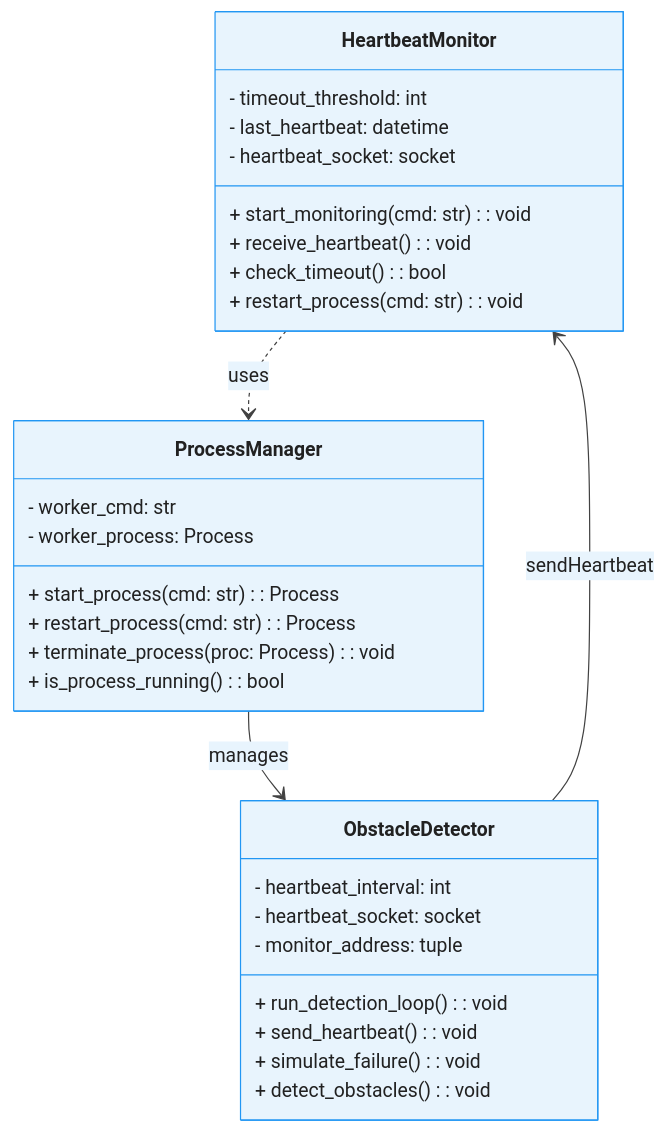
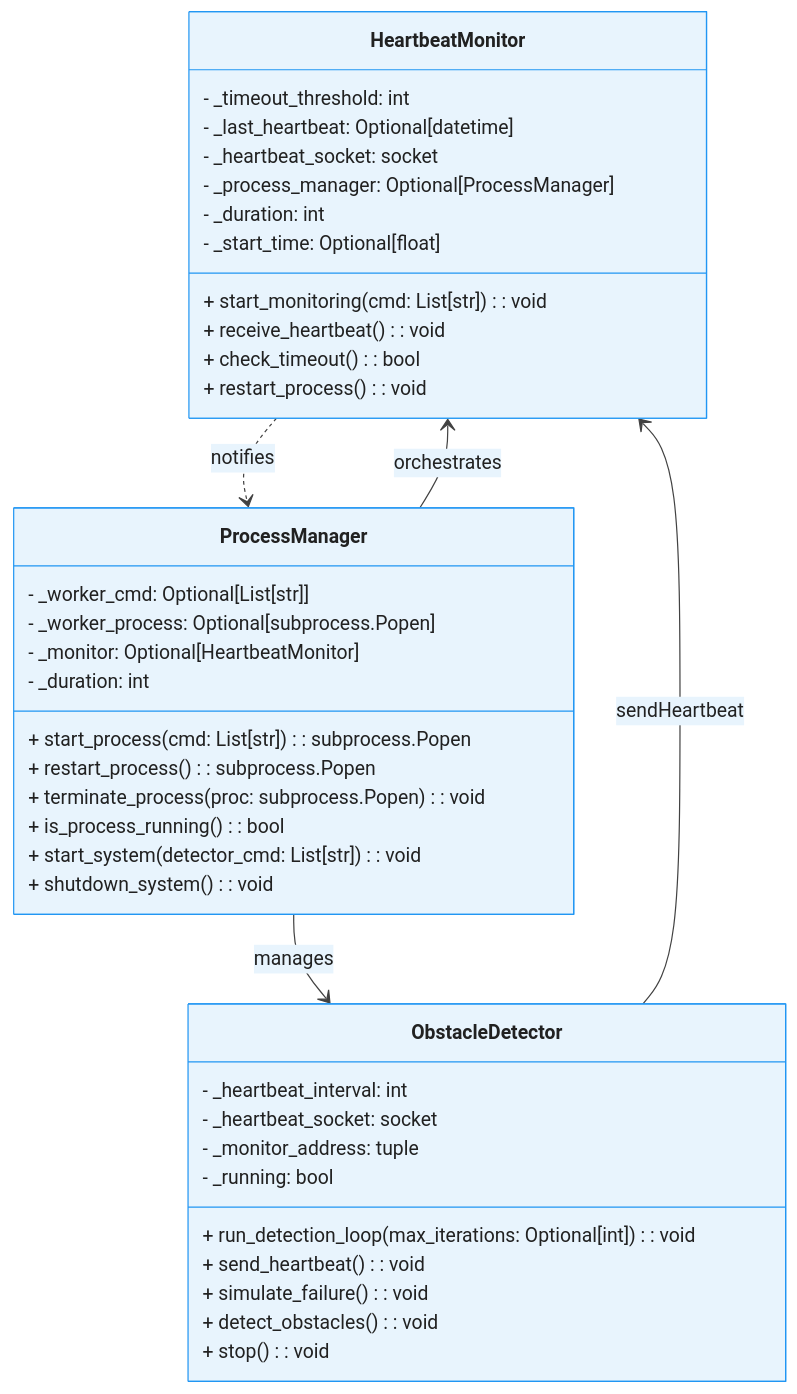
The first of 2 diagrams in docs/software_architecture.md (ajbarea/heartbeat-obstacle-detector), drawn with Mermaid before and after one commit. The commit also changed 7 other files, not shown here.

Commit message:
made all necessary variables private to align with class diagram and updated documentation to reflect changes

````diff
--- a/docs/software_architecture.md
+++ b/docs/software_architecture.md
@@ -46,36 +46,47 @@
 ```mermaid
 %%{init: {"theme": "base", "themeVariables": {"primaryColor": "#E8F4FD", "primaryBorderColor": "#2196F3", "primaryTextColor": "#1565C0", "secondaryColor": "#F3E5F5", "secondaryBorderColor": "#9C27B0", "secondaryTextColor": "#6A1B9A", "tertiaryColor": "#E8F5E8", "tertiaryBorderColor": "#4CAF50", "tertiaryTextColor": "#2E7D32", "lineColor": "#424242", "background": "#FAFAFA", "textColor": "#212121", "nodeTextColor": "#1565C0", "edgeLabelBackground": "#FFFFFF", "clusterBkg": "#F5F5F5", "clusterBorder": "#BDBDBD", "fillType0": "#E3F2FD", "fillType1": "#F3E5F5", "fillType2": "#E8F5E8", "fillType3": "#FFF3E0", "fillType4": "#FCE4EC", "fillType5": "#F1F8E9", "fillType6": "#E0F2F1", "fillType7": "#FFF8E1"}}}%%
 classDiagram
     class HeartbeatMonitor {
-        - timeout_threshold: int
-        - last_heartbeat: datetime
-        - heartbeat_socket: socket
-        + start_monitoring(cmd: str): void
+        - _timeout_threshold: int
+        - _last_heartbeat: Optional[datetime]
+        - _heartbeat_socket: socket
+        - _process_manager: Optional[ProcessManager]
+        - _duration: int
+        - _start_time: Optional[float]
+        + start_monitoring(cmd: List[str]): void
         + receive_heartbeat(): void
         + check_timeout(): bool
-        + restart_process(cmd: str): void
+        + restart_process(): void
     }
 
     class ProcessManager {
-        - worker_cmd: str
-        - worker_process: Process
-        + start_process(cmd: str): Process
-        + restart_process(cmd: str): Process
-        + terminate_process(proc: Process): void
+        - _worker_cmd: Optional[List[str]]
+        - _worker_process: Optional[subprocess.Popen]
+        - _monitor: Optional[HeartbeatMonitor]
+        - _duration: int
+        + start_process(cmd: List[str]): subprocess.Popen
+        + restart_process(): subprocess.Popen
+        + terminate_process(proc: subprocess.Popen): void
         + is_process_running(): bool
+        + start_system(detector_cmd: List[str]): void
+        + shutdown_system(): void
     }
 
     class ObstacleDetector {
-        - heartbeat_interval: int
-        - heartbeat_socket: socket
-        - monitor_address: tuple
-        + run_detection_loop(): void
+        - _heartbeat_interval: int
+        - _heartbeat_socket: socket
+        - _monitor_address: tuple
+        - _running: bool
+        + run_detection_loop(max_iterations: Optional[int]): void
         + send_heartbeat(): void
         + simulate_failure(): void
         + detect_obstacles(): void
+        + stop(): void
     }
 
-    HeartbeatMonitor ..> ProcessManager : uses
+    ProcessManager --> HeartbeatMonitor : orchestrates
     ProcessManager --> ObstacleDetector : manages
     ObstacleDetector --> HeartbeatMonitor : sendHeartbeat
+    HeartbeatMonitor ..> ProcessManager : notifies
+
 ```
````
